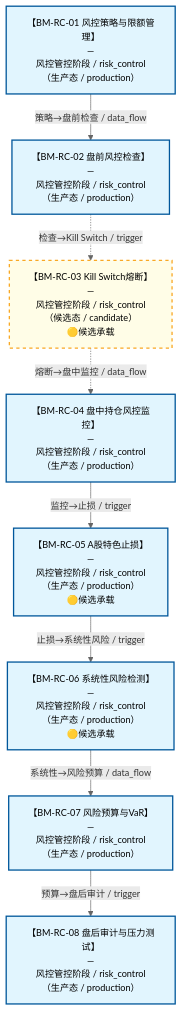
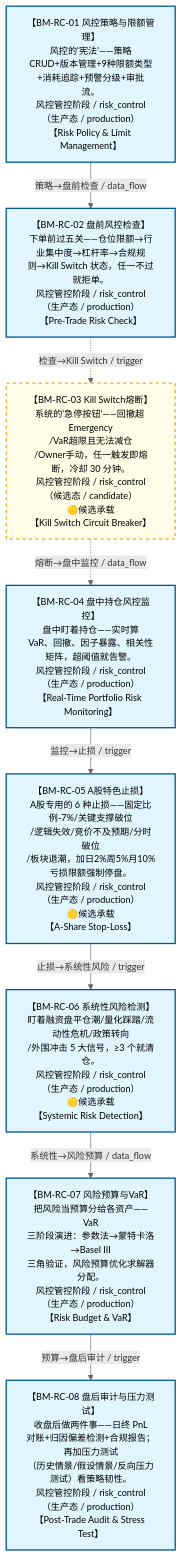
The diagram in docs/02_enterprise_architecture/07_trading_decision_architecture/battle_map/battle_map_09_risk_control.md (xuanFelixVan/ZephyrAlpha), drawn with Mermaid before and after one commit. The commit also changed other lines of this file and 13 other files, not shown here.

````diff
--- a/docs/02_enterprise_architecture/07_trading_decision_architecture/battle_map/battle_map_09_risk_control.md
+++ b/docs/02_enterprise_architecture/07_trading_decision_architecture/battle_map/battle_map_09_risk_control.md
@@ -38,27 +38,27 @@
 ```mermaid
 %%{init: {'theme': 'base', 'themeVariables': {'primaryColor': '#eaeaea', 'primaryTextColor': '#333333', 'primaryBorderColor': '#666666', 'lineColor': '#666666', 'secondaryColor': '#eaeaea', 'tertiaryColor': '#eaeaea', 'clusterBkg': 'transparent', 'clusterBorder': 'transparent', 'fontSize': '14px'}}}%%
 %% 风控管控阶段图
 flowchart TD
-    BM_RC_01["【BM-RC-01 风控策略与限额管理】<br/>—<br/>风控管控阶段 / risk_control<br/>（生产态 / production）"]
-    BM_RC_02["【BM-RC-02 盘前风控检查】<br/>—<br/>风控管控阶段 / risk_control<br/>（生产态 / production）"]
-    BM_RC_03["【BM-RC-03 Kill Switch熔断】<br/>—<br/>风控管控阶段 / risk_control<br/>（候选态 / candidate）<br/>🟡候选承载"]
-    BM_RC_04["【BM-RC-04 盘中持仓风控监控】<br/>—<br/>风控管控阶段 / risk_control<br/>（生产态 / production）"]
-    BM_RC_05["【BM-RC-05 A股特色止损】<br/>—<br/>风控管控阶段 / risk_control<br/>（生产态 / production）<br/>🟡候选承载"]
-    BM_RC_06["【BM-RC-06 系统性风险检测】<br/>—<br/>风控管控阶段 / risk_control<br/>（生产态 / production）<br/>🟡候选承载"]
-    BM_RC_07["【BM-RC-07 风险预算与VaR】<br/>—<br/>风控管控阶段 / risk_control<br/>（生产态 / production）"]
-    BM_RC_08["【BM-RC-08 盘后审计与压力测试】<br/>—<br/>风控管控阶段 / risk_control<br/>（生产态 / production）"]
+    BM_RC_01["【BM-RC-01 风控策略与限额管理】<br/>风控的'宪法'——策略<br/>CRUD+版本管理+9种限额类型+消耗追踪+预警分级+审批<br/>流。<br/>风控管控阶段 / risk_control<br/>（生产态 / production）<br/>【Risk Policy &amp; Limit Management】"]
+    BM_RC_02["【BM-RC-02 盘前风控检查】<br/>下单前过五关——仓位限额→行业集中度→杠杆率→合规规<br/>则→Kill Switch 状态，任一不过就拒单。<br/>风控管控阶段 / risk_control<br/>（生产态 / production）<br/>【Pre-Trade Risk Check】"]
+    BM_RC_03["【BM-RC-03 Kill Switch熔断】<br/>系统的'急停按钮'——回撤超 Emergency<br/>/VaR超限且无法减仓<br/>/Owner手动，任一触发即熔断，冷却 30 分钟。<br/>风控管控阶段 / risk_control<br/>（候选态 / candidate）<br/>🟡候选承载<br/>【Kill Switch Circuit Breaker】"]
+    BM_RC_04["【BM-RC-04 盘中持仓风控监控】<br/>盘中盯着持仓——实时算<br/>VaR、回撤、因子暴露、相关性矩阵，超阈值就告警。<br/>风控管控阶段 / risk_control<br/>（生产态 / production）<br/>【Real-Time Portfolio Risk Monitoring】"]
+    BM_RC_05["【BM-RC-05 A股特色止损】<br/>A股专用的 6 种止损——固定比例-7%/关键支撑破位<br/>/逻辑失效/竞价不及预期/分时破位<br/>/板块退潮，加日2%周5%月10%亏损限额强制停盘。<br/>风控管控阶段 / risk_control<br/>（生产态 / production）<br/>🟡候选承载<br/>【A-Share Stop-Loss】"]
+    BM_RC_06["【BM-RC-06 系统性风险检测】<br/>盯着融资盘平仓潮/量化踩踏/流动性危机/政策转向<br/>/外围冲击 5 大信号，≥3 个就清仓。<br/>风控管控阶段 / risk_control<br/>（生产态 / production）<br/>🟡候选承载<br/>【Systemic Risk Detection】"]
+    BM_RC_07["【BM-RC-07 风险预算与VaR】<br/>把风险当预算分给各资产——VaR<br/>三阶段演进：参数法→蒙特卡洛→Basel III<br/>三角验证，风险预算优化求解器分配。<br/>风控管控阶段 / risk_control<br/>（生产态 / production）<br/>【Risk Budget &amp; VaR】"]
+    BM_RC_08["【BM-RC-08 盘后审计与压力测试】<br/>收盘后做两件事——日终 PnL<br/>对账+归因偏差检测+合规报告；再加压力测试<br/>（历史情景/假设情景/反向压力测试）看策略韧性。<br/>风控管控阶段 / risk_control<br/>（生产态 / production）<br/>【Post-Trade Audit &amp; Stress Test】"]
     BM_RC_01 -->|策略→盘前检查 / data_flow| BM_RC_02
     BM_RC_02 -.->|检查→Kill Switch / trigger| BM_RC_03
     BM_RC_03 -.->|熔断→盘中监控 / data_flow| BM_RC_04
     BM_RC_04 -->|监控→止损 / trigger| BM_RC_05
     BM_RC_05 -->|止损→系统性风险 / trigger| BM_RC_06
     BM_RC_06 -->|系统性→风险预算 / data_flow| BM_RC_07
     BM_RC_07 -->|预算→盘后审计 / trigger| BM_RC_08
 classDef production fill:#e1f5fe,stroke:#01579b,stroke-width:2px,color:#000
 classDef design fill:#fff3e0,stroke:#e65100,stroke-width:2px,color:#000,stroke-dasharray: 5 5
 classDef deprecated fill:#ffebee,stroke:#c62828,stroke-width:2px,color:#000
 classDef missing fill:#eeeeee,stroke:#9e9e9e,stroke-width:2px,color:#000
 classDef candidate fill:#fffde7,stroke:#f9a825,stroke-width:2px,color:#000,stroke-dasharray: 5 5
     class BM_RC_01,BM_RC_02,BM_RC_04,BM_RC_05,BM_RC_06,BM_RC_07,BM_RC_08 production
     class BM_RC_03 candidate
 ```
````
